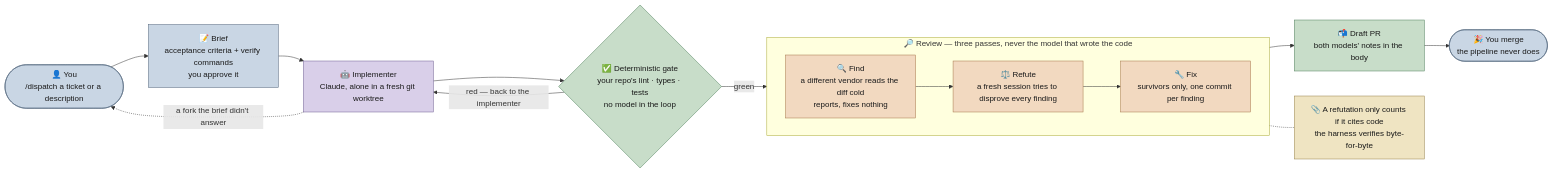
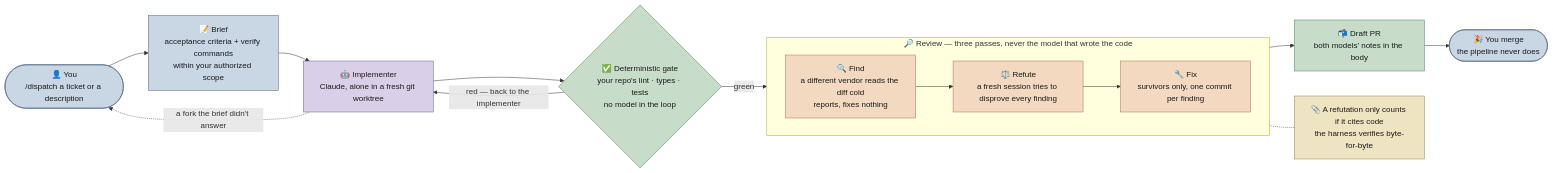
The first of 3 diagrams in FLOW.md (angelsole/dispatch-harness), drawn with Mermaid before and after one commit. The commit also changed 26 other files, not shown here.

````diff
--- a/FLOW.md
+++ b/FLOW.md
@@ -11,37 +11,37 @@
 ```mermaid
 flowchart LR
     U(["👤 You<br/>/dispatch a ticket or a description"])
-    B["📝 Brief<br/>acceptance criteria + verify commands<br/>you approve it"]
+    B["📝 Brief<br/>acceptance criteria + verify commands<br/>within your authorized scope"]
     I["🤖 Implementer<br/>Claude, alone in a fresh git worktree"]
     G{"✅ Deterministic gate<br/>your repo's lint · types · tests<br/>no model in the loop"}
     P["📬 Draft PR<br/>both models' notes in the body"]
     M(["🎉 You merge<br/>the pipeline never does"])
 
     subgraph REV ["🔎 Review — three passes, never the model that wrote the code"]
         direction LR
         F["🔍 Find<br/>a different vendor reads the diff cold<br/>reports, fixes nothing"]
         R["⚖️ Refute<br/>a fresh session tries to disprove every finding"]
         X["🔧 Fix<br/>survivors only, one commit per finding"]
         F --> R --> X
     end
 
     U --> B --> I --> G
     G -->|"green"| F
     G -->|"red — back to the implementer"| I
     I -.->|"a fork the brief didn't answer"| U
     X --> P --> M
 
     N["📎 A refutation only counts if it cites code<br/>the harness verifies byte-for-byte"]
     R -.- N
 
     classDef you fill:#c9d6e4,stroke:#54677d,color:#1a1a1a
     classDef implementer fill:#d9cfe9,stroke:#6f5f92,color:#1a1a1a
     classDef reviewer fill:#f2d9c0,stroke:#a5764a,color:#1a1a1a
     classDef script fill:#c8ddc9,stroke:#4f7f5b,color:#1a1a1a
     classDef callout fill:#efe4c2,stroke:#96814a,color:#1a1a1a
     class U,B,M you
     class I implementer
     class F,R,X reviewer
     class G,P script
     class N callout
 ```
````
